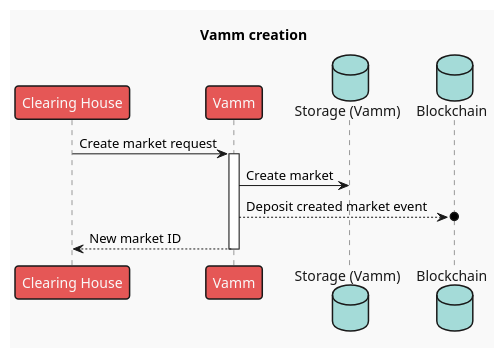
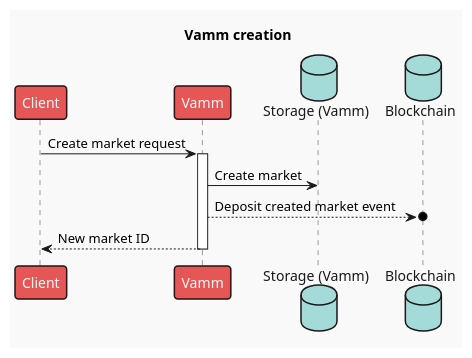
Before and after one commit to ComposableFi/composable: the diagram in frame/vamm/diagrams/function_create.plantuml, drawn with PlantUML. The commit also changed 1 other file, not shown here.

Commit message:
docs(vamm): Change `Clearing House` reference
CU-276hy8d[IN PROGRESS]

```diff
--- a/frame/vamm/diagrams/function_create.plantuml
+++ b/frame/vamm/diagrams/function_create.plantuml
@@ -1,16 +1,16 @@
 @startuml
 skinparam responseMessageBelowArrow true
 title Vamm creation
 'autoactivate on
 !theme mars
 
-participant "Clearing House" as ch
+participant "Client" as client
 participant "Vamm" as vamm
 database "Storage (Vamm)" as svamm
 database "Blockchain" as bc
 
-ch -> vamm++: Create market request
+client -> vamm++: Create market request
 vamm -> svamm: Create market
 vamm -->o bc: Deposit created market event
-vamm --> ch--: New market ID
+vamm --> client--: New market ID
 @enduml
```
